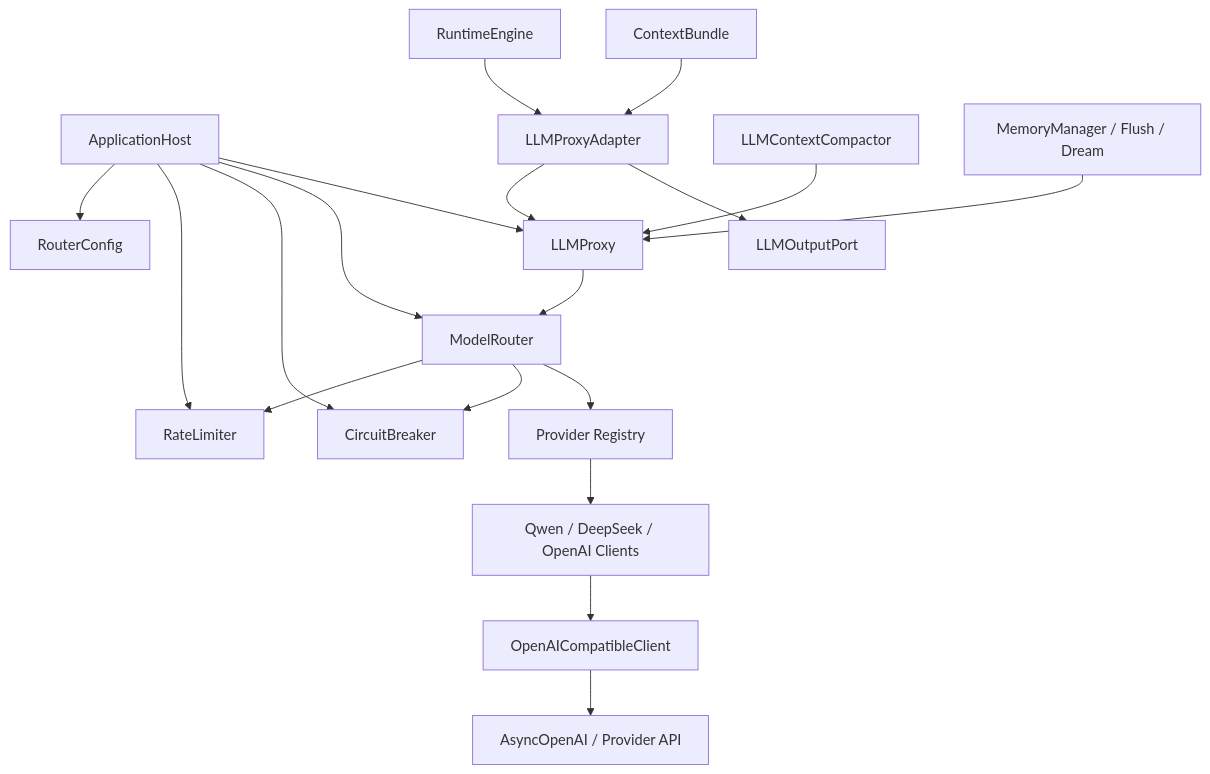
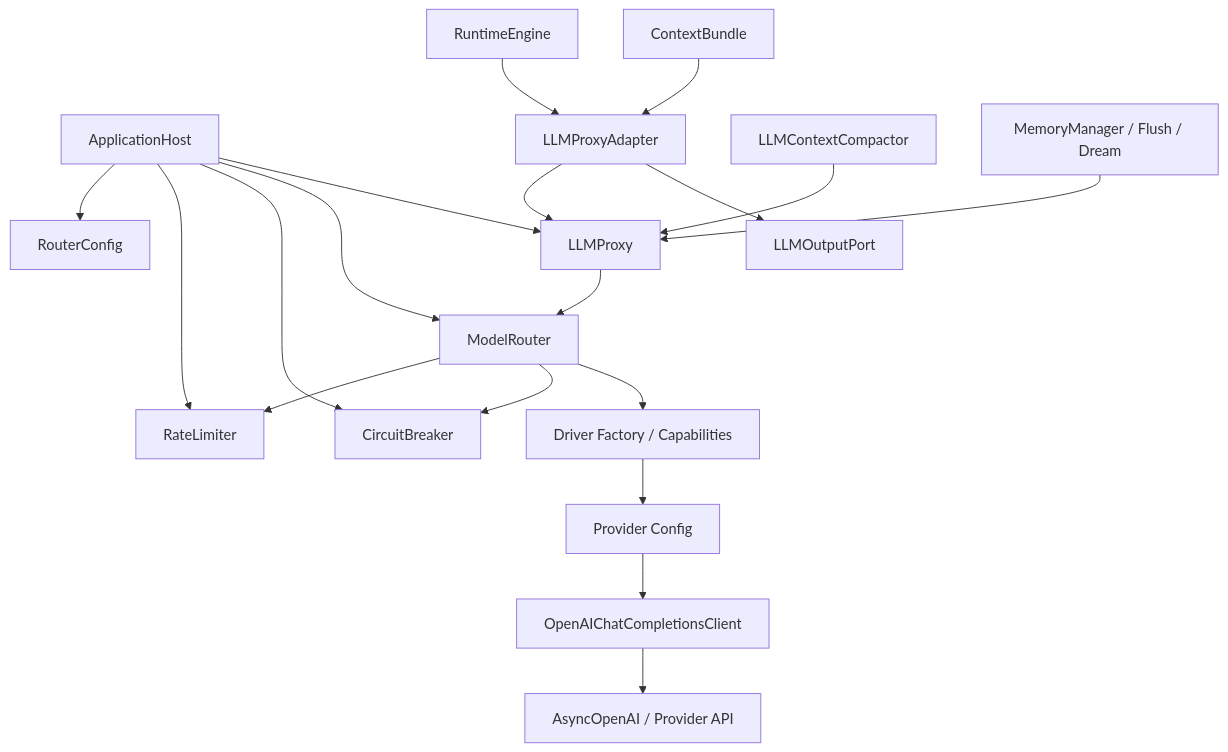
The first of 20 diagrams in docs/wiki/LLM 模块总体说明.md (aandbcct/dotClaw), drawn with Mermaid before and after one commit. The commit also changed other lines of this file and 15 other files, not shown here.

````diff
--- a/docs/wiki/LLM 模块总体说明.md
+++ b/docs/wiki/LLM 模块总体说明.md
@@ -100,44 +100,44 @@
 ```mermaid
 flowchart TB
     Host["ApplicationHost"]
     Config["RouterConfig"]
     Router["ModelRouter"]
     Limiter["RateLimiter"]
     Breaker["CircuitBreaker"]
     Proxy["LLMProxy"]
 
     Runtime["RuntimeEngine"]
     Adapter["LLMProxyAdapter"]
     Context["ContextBundle"]
     Output["LLMOutputPort"]
 
     Compactor["LLMContextCompactor"]
     Memory["MemoryManager / Flush / Dream"]
 
-    Registry["Provider Registry"]
-    Client["OpenAICompatibleClient"]
-    Concrete["Qwen / DeepSeek / OpenAI Clients"]
+    Registry["Driver Factory / Capabilities"]
+    Client["OpenAIChatCompletionsClient"]
+    Concrete["Provider Config"]
     SDK["AsyncOpenAI / Provider API"]
 
     Host --> Config
     Host --> Limiter
     Host --> Breaker
     Host --> Router
     Host --> Proxy
 
     Runtime --> Adapter
     Context --> Adapter
     Adapter --> Proxy
     Adapter --> Output
 
     Compactor --> Proxy
     Memory --> Proxy
 
     Proxy --> Router
     Router --> Limiter
     Router --> Breaker
     Router --> Registry
     Registry --> Concrete
     Concrete --> Client
     Client --> SDK
 ```
````
